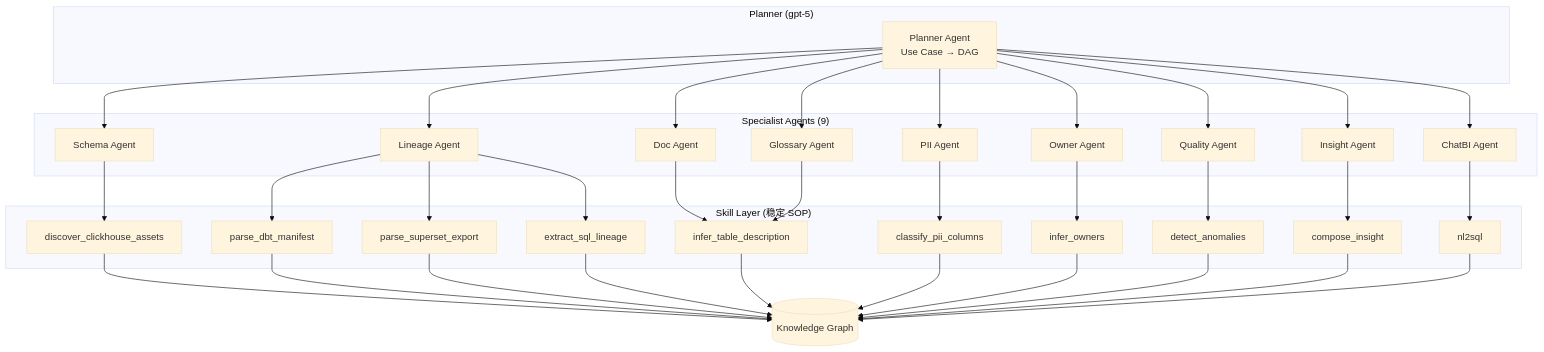
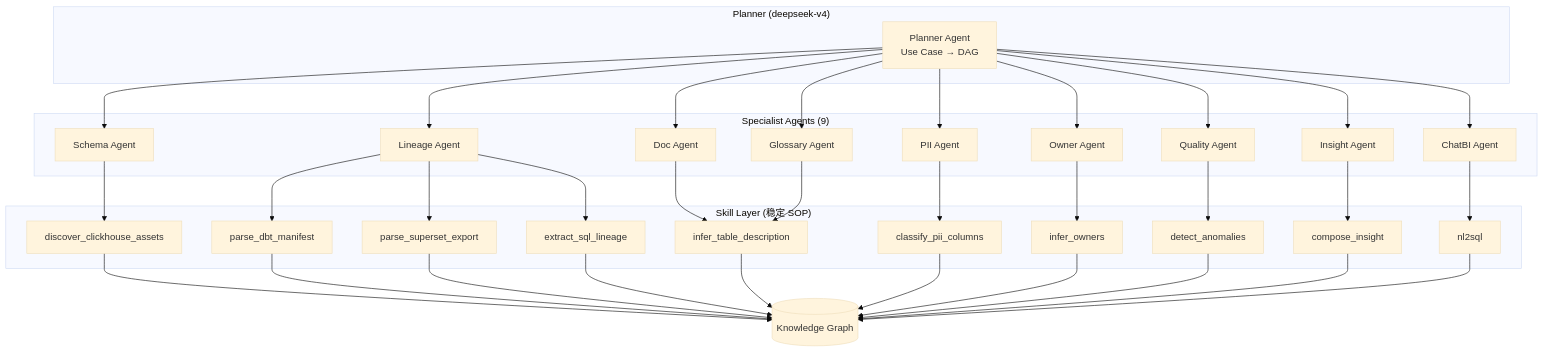
Before and after one commit to gavenlv/idm: the second of 10 diagrams in docs/design/ai-driven-design.md, drawn with Mermaid (base theme). The commit also changed other lines of this file and 140 other files, not shown here.

````diff
--- a/docs/design/ai-driven-design.md
+++ b/docs/design/ai-driven-design.md
@@ -85,44 +85,44 @@
 ```mermaid
 flowchart TB
-    subgraph "Planner (gpt-5)"
+    subgraph "Planner (deepseek-v4)"
         P[Planner Agent<br/>Use Case → DAG]
     end
 
     subgraph "Specialist Agents (9)"
         A1[Schema Agent]
         A2[Lineage Agent]
         A3[Doc Agent]
         A4[PII Agent]
         A5[Owner Agent]
         A6[Quality Agent]
         A7[Insight Agent]
         A8[ChatBI Agent]
         A9[Glossary Agent]
     end
 
     subgraph "Skill Layer (稳定 SOP)"
         S1[discover_clickhouse_assets]
         S2[parse_dbt_manifest]
         S3[parse_superset_export]
         S4[extract_sql_lineage]
         S5[infer_table_description]
         S6[classify_pii_columns]
         S7[infer_owners]
         S8[detect_anomalies]
         S9[compose_insight]
         S10[nl2sql]
     end
 
     P --> A1 & A2 & A3 & A4 & A5 & A6 & A7 & A8 & A9
     A1 --> S1
     A2 --> S2 & S3 & S4
     A3 --> S5
     A4 --> S6
     A5 --> S7
     A6 --> S8
     A7 --> S9
     A8 --> S10
     A9 --> S5
 
     S1 & S2 & S3 & S4 & S5 & S6 & S7 & S8 & S9 & S10 --> KG[(Knowledge Graph)]
 ```
````
